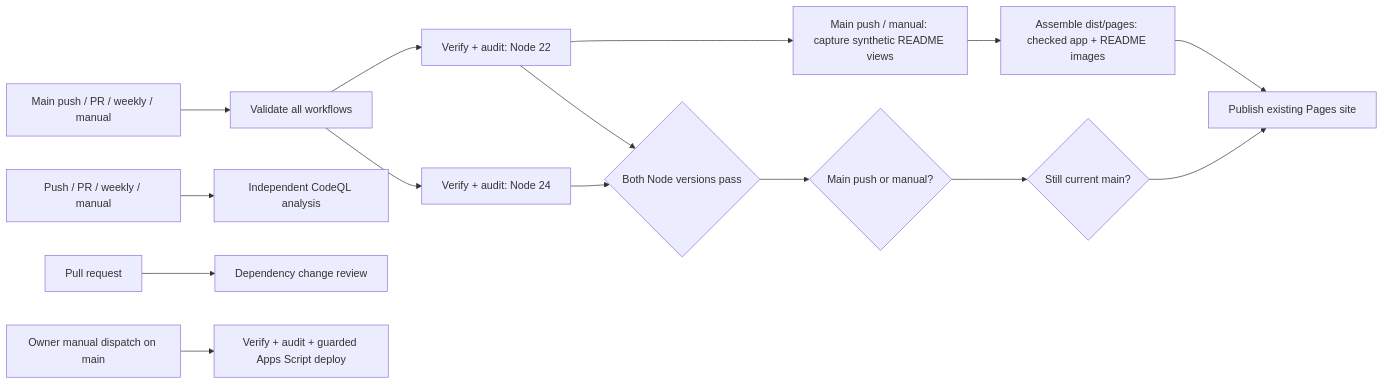
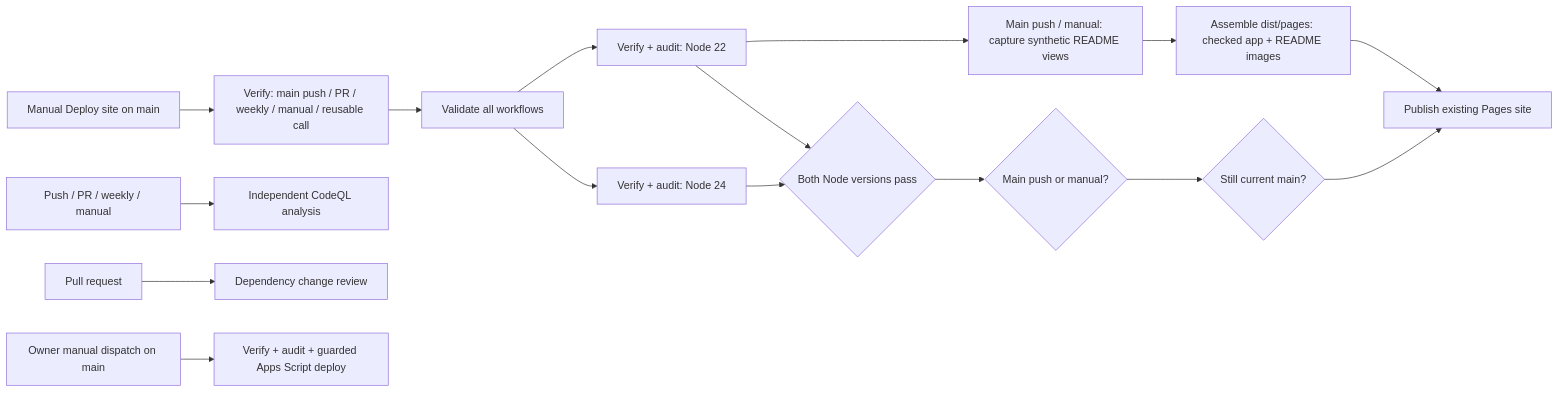
The diagram in docs/operations/github-actions.md (AlbiDR/FolioDash), drawn with Mermaid before and after one commit. The commit also changed other lines of this file and 4 other files, not shown here.

Commit message:
ci: enable manual Deploy site through shared verification

````diff
--- a/docs/operations/github-actions.md
+++ b/docs/operations/github-actions.md
@@ -7,17 +7,18 @@
 ```mermaid
 flowchart LR
-    events[Main push / PR / weekly / manual] --> workflows[Validate all workflows]
+    manual[Manual Deploy site on main] --> events[Verify: main push / PR / weekly / manual / reusable call]
+    events --> workflows[Validate all workflows]
     workflows --> node22[Verify + audit: Node 22]
     workflows --> node24[Verify + audit: Node 24]
     node22 --> capture[Main push / manual: capture synthetic README views]
     capture --> artifact[Assemble dist/pages: checked app + README images]
     node22 --> gate{Both Node versions pass}
     node24 --> gate
     gate --> eligible{Main push or manual?}
     eligible --> current{Still current main?}
     artifact --> pages[Publish existing Pages site]
     current --> pages
     security[Push / PR / weekly / manual] --> codeql[Independent CodeQL analysis]
     pr[Pull request] --> review[Dependency change review]
     owner[Owner manual dispatch on main] --> script[Verify + audit + guarded Apps Script deploy]
 ```
````
